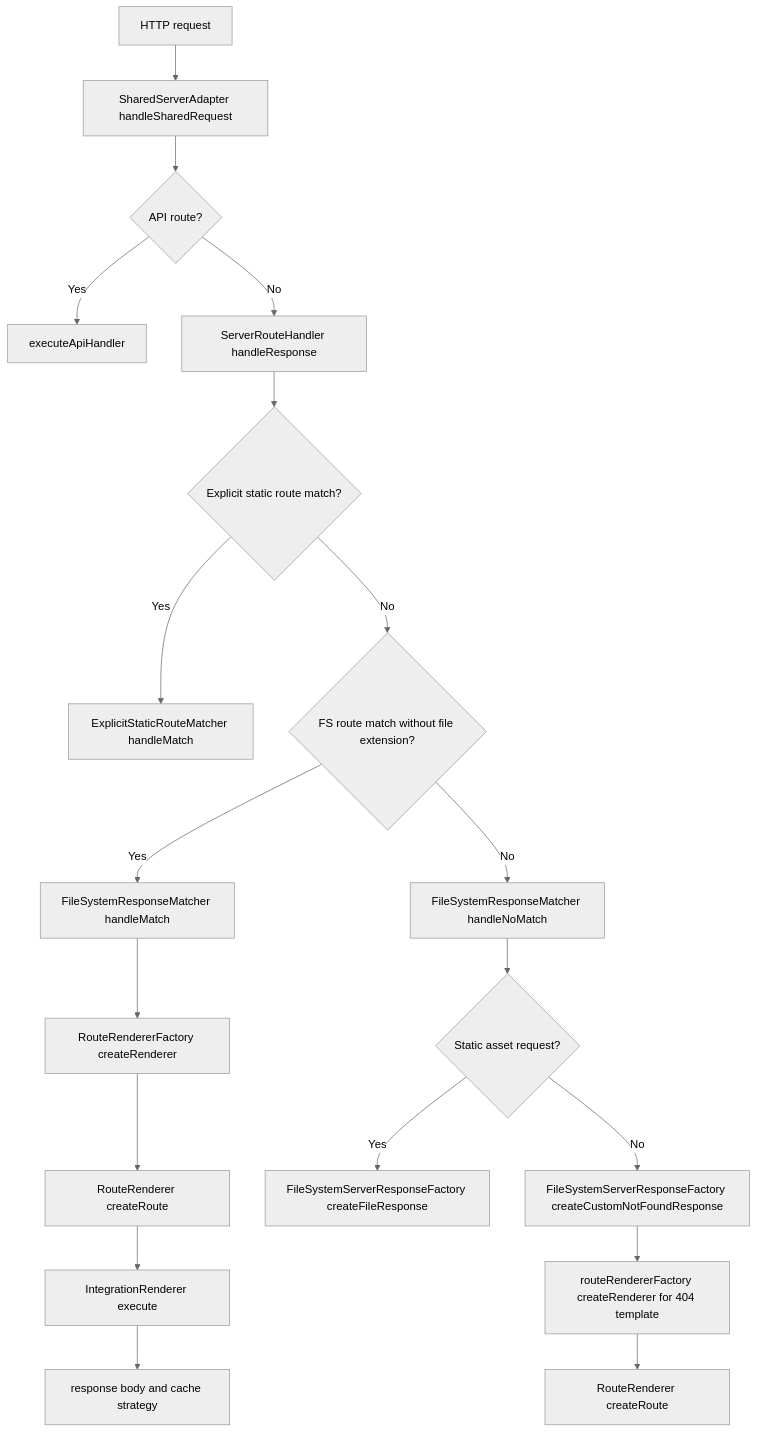
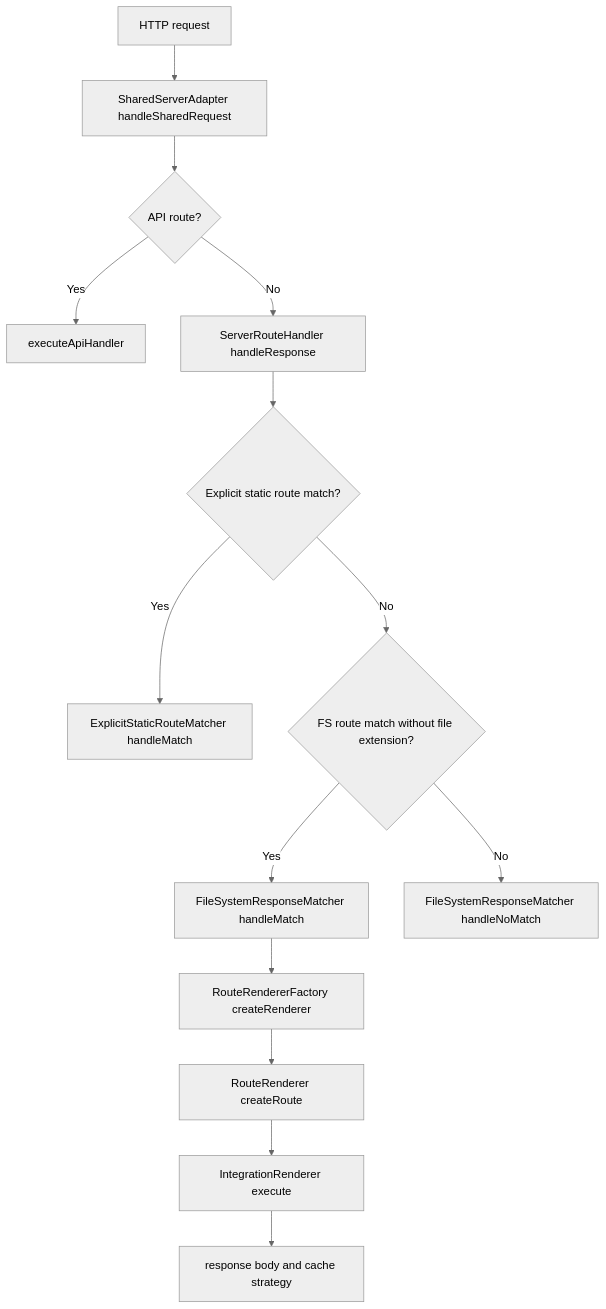
The first of 5 diagrams in packages/core/src/route-renderer/GRAPH.md (ecopages/ecopages), drawn with Mermaid (neutral theme) before and after one commit. The commit also changed other lines of this file and 12 other files, not shown here.

````diff
--- a/packages/core/src/route-renderer/GRAPH.md
+++ b/packages/core/src/route-renderer/GRAPH.md
@@ -37,24 +15,18 @@
 ```mermaid
 flowchart TD
   A[HTTP request] --> B[SharedServerAdapter handleSharedRequest]
   B --> C{API route?}
   C -- Yes --> D[executeApiHandler]
   C -- No --> E[ServerRouteHandler handleResponse]
 
   E --> F{Explicit static route match?}
   F -- Yes --> G[ExplicitStaticRouteMatcher handleMatch]
   F -- No --> H{FS route match without file extension?}
   H -- Yes --> I[FileSystemResponseMatcher handleMatch]
   H -- No --> J[FileSystemResponseMatcher handleNoMatch]
 
   I --> K[RouteRendererFactory createRenderer]
   K --> L[RouteRenderer createRoute]
   L --> M[IntegrationRenderer execute]
   M --> N[response body and cache strategy]
-
-  J --> O{Static asset request?}
-  O -- Yes --> P[FileSystemServerResponseFactory createFileResponse]
-  O -- No --> Q[FileSystemServerResponseFactory createCustomNotFoundResponse]
-  Q --> R[routeRendererFactory createRenderer for 404 template]
-  R --> S[RouteRenderer createRoute]
 ```
````
